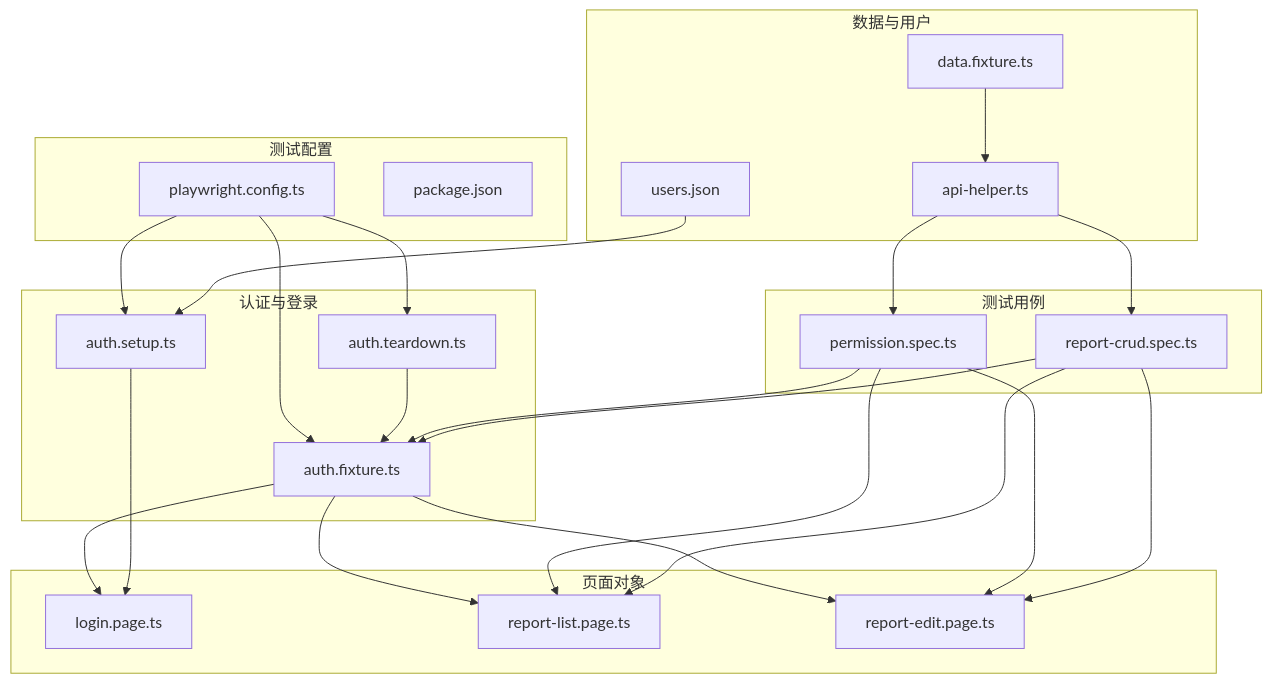
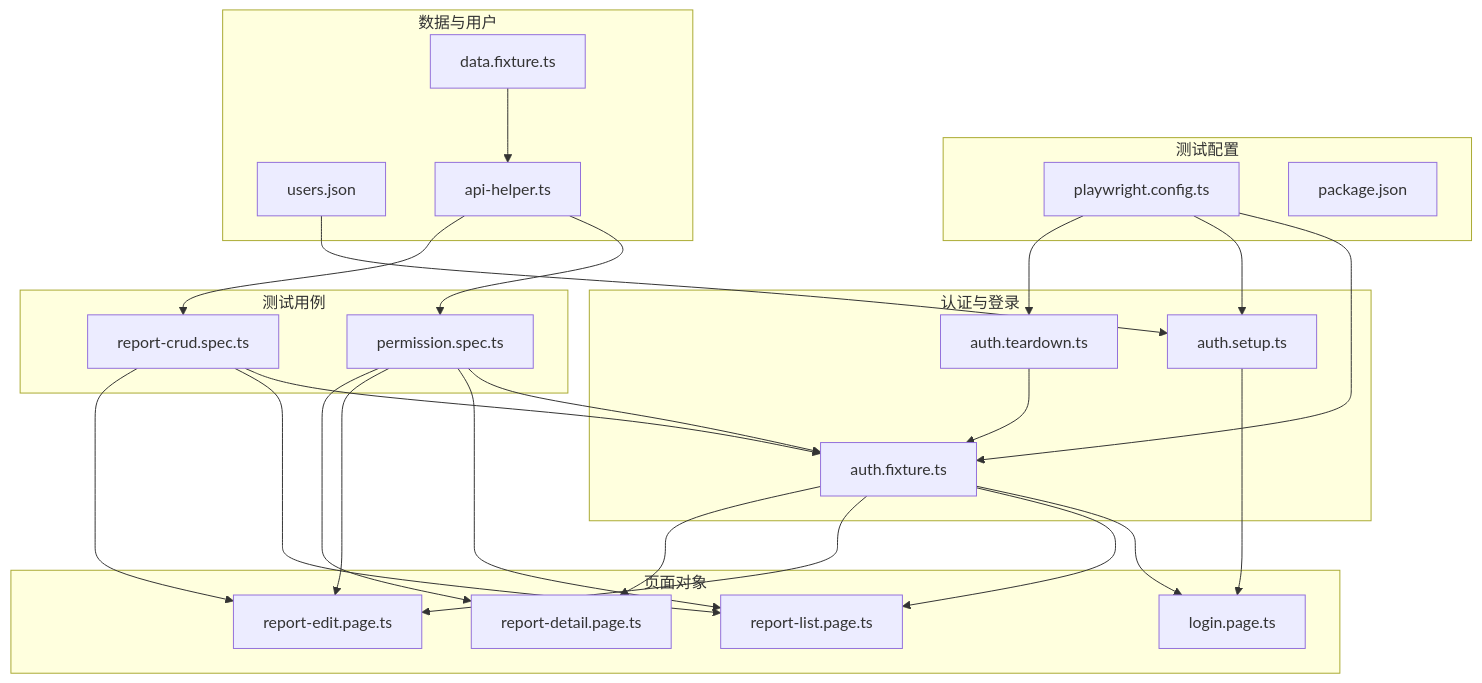
The first of 5 diagrams in .qoder/repowiki/zh/content/认证和Fixture系统/用户数据管理.md (zzgoviziwind/--playwright), drawn with Mermaid before and after one commit. The commit also changed other lines of this file and 112 other files, not shown here.

````diff
--- a/.qoder/repowiki/zh/content/认证和Fixture系统/用户数据管理.md
+++ b/.qoder/repowiki/zh/content/认证和Fixture系统/用户数据管理.md
@@ -45,44 +56,47 @@
 ```mermaid
 graph TB
 subgraph "测试配置"
 PC["playwright.config.ts"]
 PJ["package.json"]
 end
 subgraph "认证与登录"
 AS["auth.setup.ts"]
 AT["auth.teardown.ts"]
 AF["auth.fixture.ts"]
 end
 subgraph "数据与用户"
 UJ["users.json"]
 DF["data.fixture.ts"]
 AH["api-helper.ts"]
 end
 subgraph "页面对象"
 LP["login.page.ts"]
 RL["report-list.page.ts"]
 RE["report-edit.page.ts"]
+RD["report-detail.page.ts"]
 end
 subgraph "测试用例"
 PS["permission.spec.ts"]
 RCS["report-crud.spec.ts"]
 end
 PC --> AF
 PC --> AS
 PC --> AT
 AF --> LP
 AF --> RL
 AF --> RE
+AF --> RD
 AS --> LP
 AT --> AF
 DF --> AH
 PS --> AF
 PS --> RL
 PS --> RE
+PS --> RD
 RCS --> AF
 RCS --> RL
 RCS --> RE
 AH --> PS
 AH --> RCS
 UJ --> AS
 ```
````
